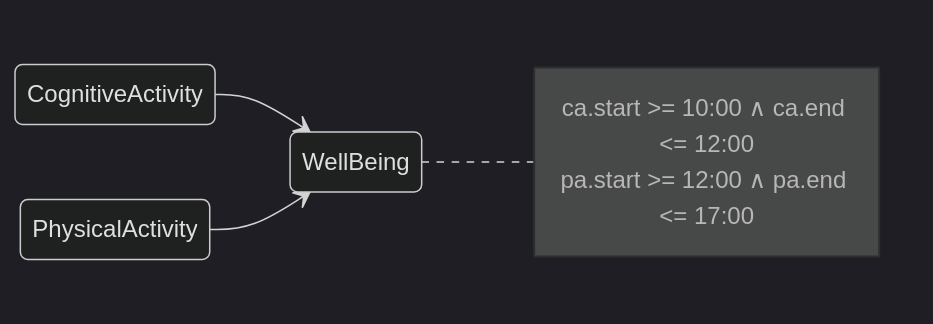
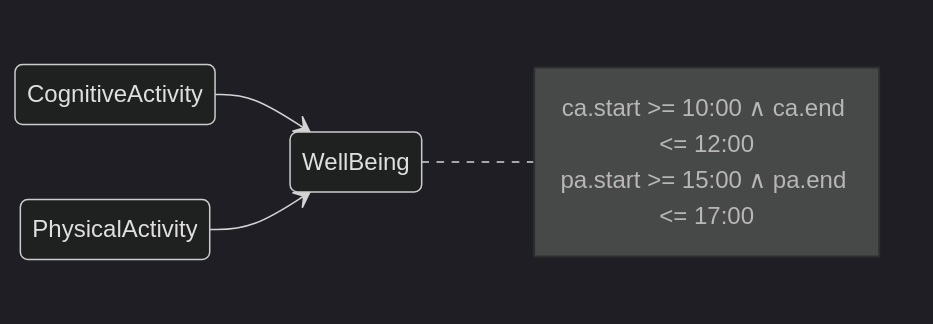
Before and after one commit to pstlab/RESTART: the fourth of 9 diagrams in rules/README.md, drawn with Mermaid (dark theme).

````diff
--- a/rules/README.md
+++ b/rules/README.md
@@ -46,10 +46,10 @@
 ```mermaid
 stateDiagram-v2
     direction LR
     CognitiveActivity --> WellBeing
     PhysicalActivity --> WellBeing
     note right of WellBeing
         ca.start >= 10:00 #8743; ca.end <= 12:00
-        pa.start >= 12:00 #8743; pa.end <= 17:00
+        pa.start >= 15:00 #8743; pa.end <= 17:00
     end note
 ```
````
